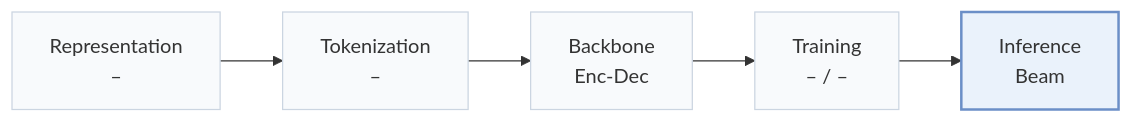
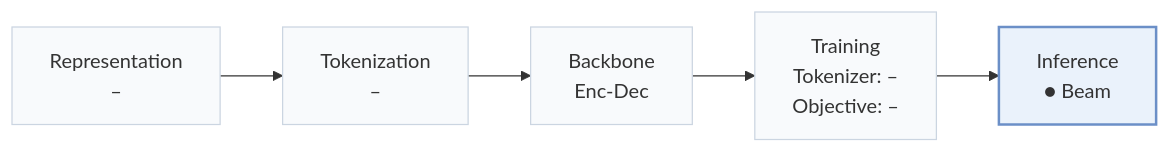
Before and after one commit to Galaxy-ghost/Awesome-SID-Generative-Rec: the first of 2 diagrams in pages/papers/pfa.md, drawn with Mermaid. The commit also changed other lines of this file and 558 other files, not shown here.

````diff
--- a/pages/papers/pfa.md
+++ b/pages/papers/pfa.md
@@ -15,8 +18,8 @@
 ```mermaid
 flowchart LR
-    R["Representation<br/>–"] --> T["Tokenization<br/>–"] --> B["Backbone<br/>Enc-Dec"] --> TR["Training<br/>– / –"] --> I["Inference<br/>Beam"]
+    R["Representation<br/>–"] --> T["Tokenization<br/>–"] --> B["Backbone<br/>Enc-Dec"] --> TR["Training<br/>Tokenizer: –<br/>Objective: –"] --> I["Inference<br/>● Beam"]
     classDef base fill:#f8fafc,stroke:#cbd5e1
     class R,T,B,TR,I base
     classDef main fill:#eaf2fb,stroke:#6b8fc7,stroke-width:2px
     class I main
 ```
````
